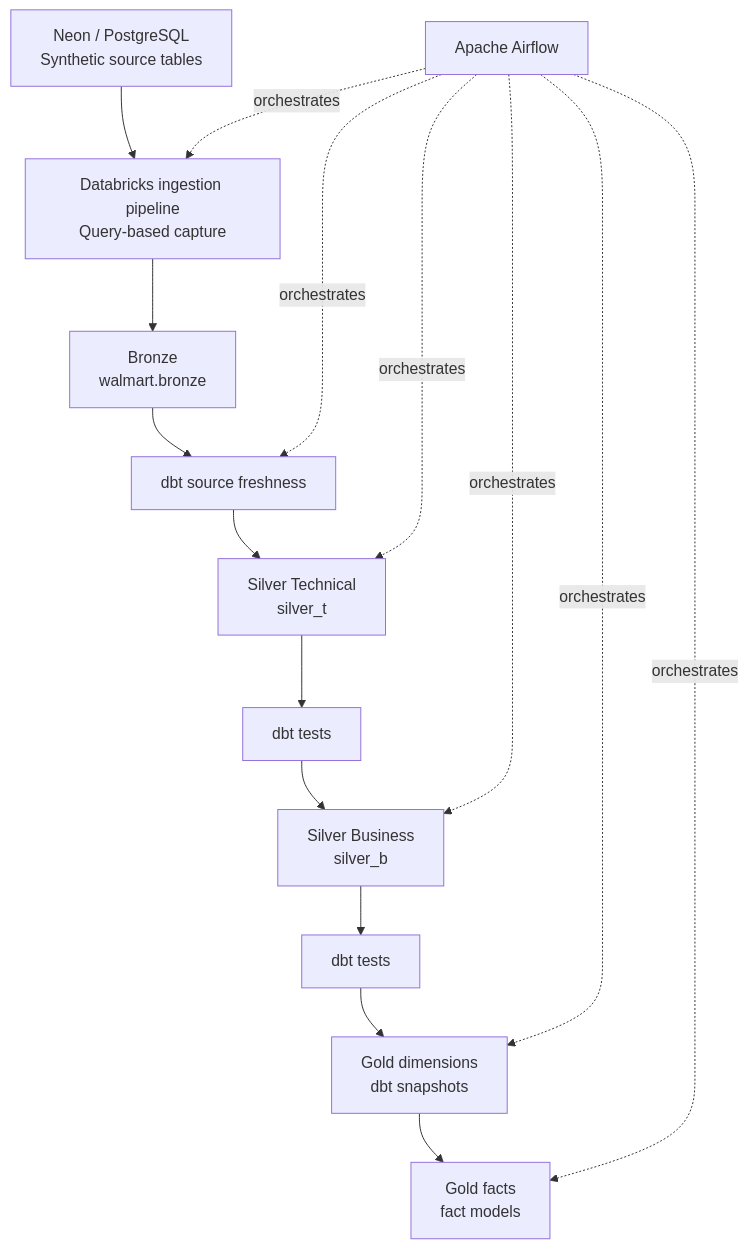
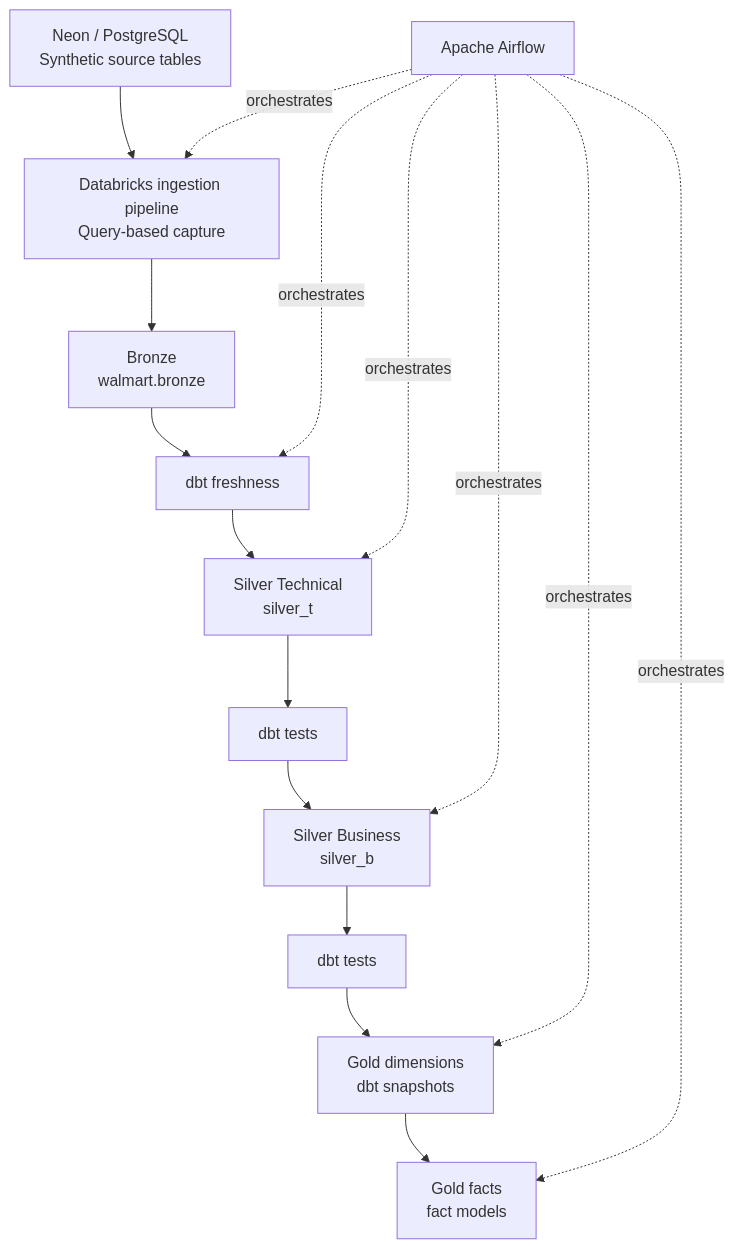
One commit to RenatoAsteri0/walmart_project_dbt changed the diagram in README.md. Above: the diagram before and after it, drawn with Mermaid. The commit also changed other lines of this file, not shown here.

Commit message:
docs: align freshness command with Airflow DAG

````diff
--- a/README.md
+++ b/README.md
@@ -19,18 +19,18 @@
 ```mermaid
 flowchart TD
     A[Neon / PostgreSQL<br/>Synthetic source tables] --> B[Databricks ingestion pipeline<br/>Query-based capture]
     B --> C[Bronze<br/>walmart.bronze]
-    C --> D[dbt source freshness]
+    C --> D[dbt freshness]
     D --> E[Silver Technical<br/>silver_t]
     E --> F[dbt tests]
     F --> G[Silver Business<br/>silver_b]
     G --> H[dbt tests]
     H --> I[Gold dimensions<br/>dbt snapshots]
     I --> J[Gold facts<br/>fact models]
     K[Apache Airflow] -. orchestrates .-> B
     K -. orchestrates .-> D
     K -. orchestrates .-> E
     K -. orchestrates .-> G
     K -. orchestrates .-> I
     K -. orchestrates .-> J
 ```
````
